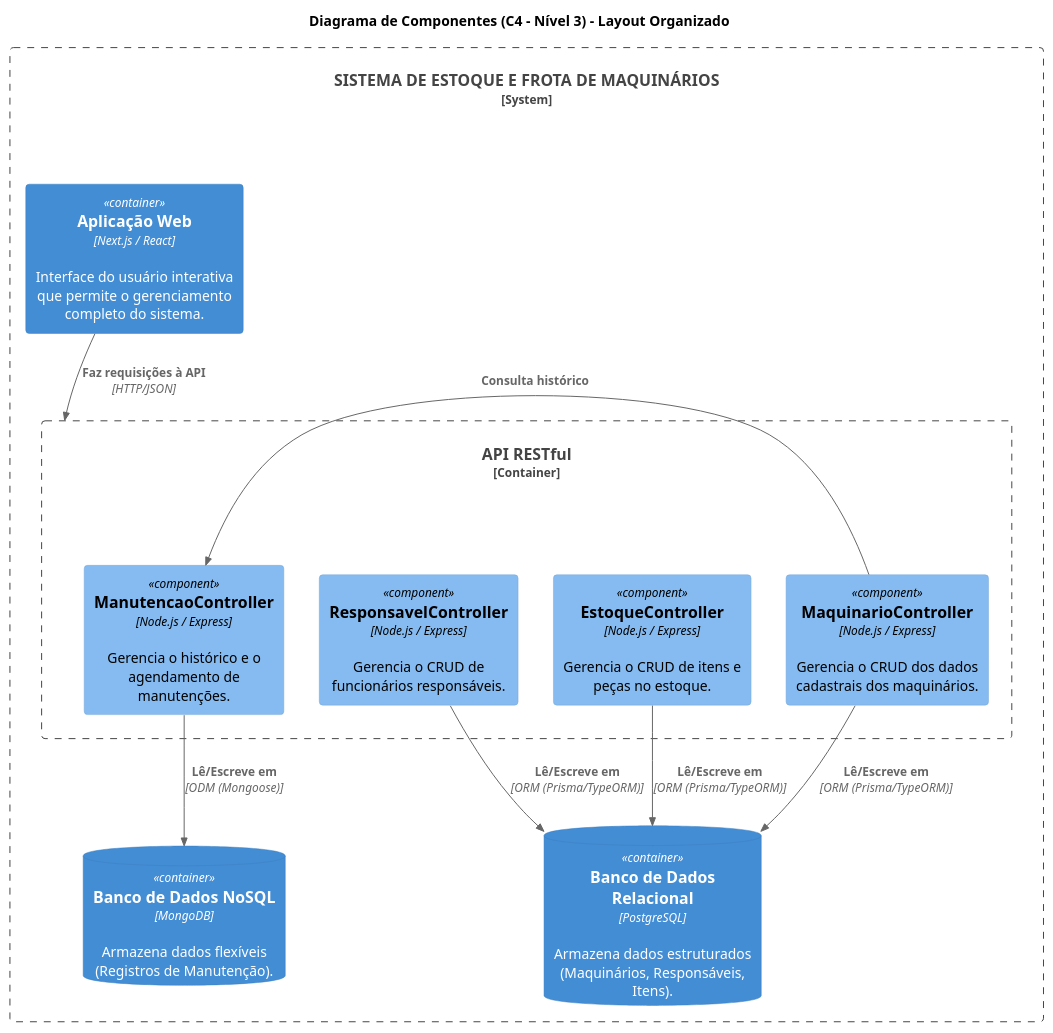
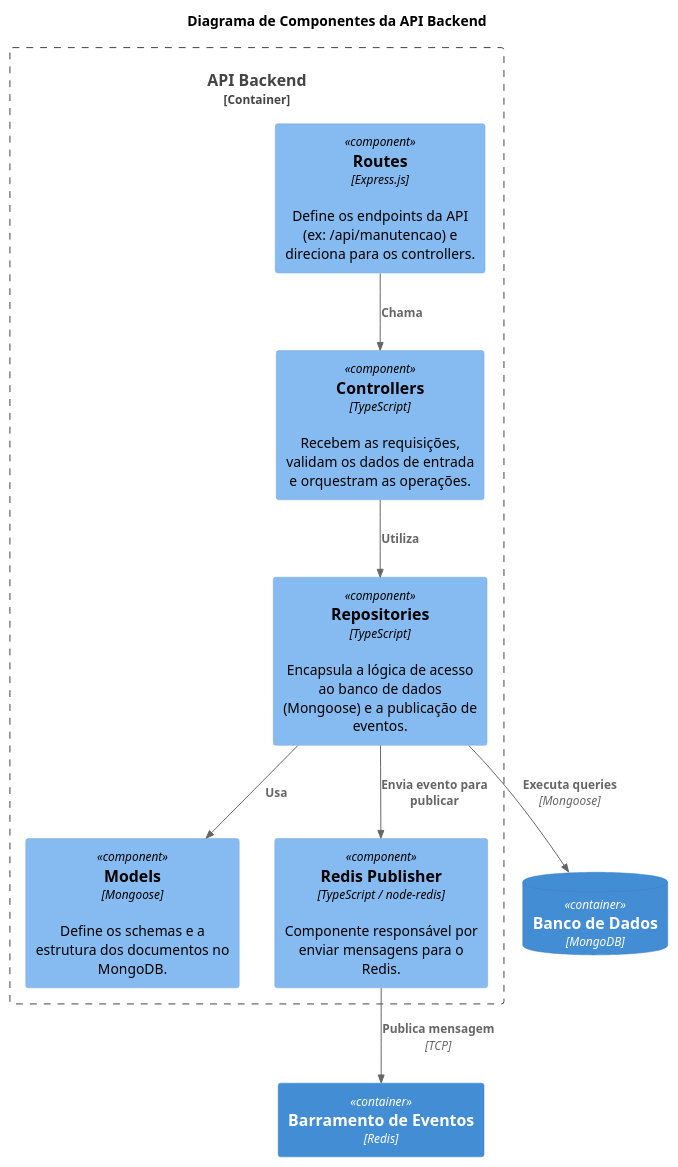
One commit to SPD-BES-2025-3/grupo10 changed the diagram in 2- ARQUITETURA/component.puml. Above: the diagram before and after it, drawn with PlantUML. The commit also changed 39 other files, not shown here.

Commit message:
fix crud de estoque e manutenção

```diff
--- a/2- ARQUITETURA/component.puml
+++ b/2- ARQUITETURA/component.puml
@@ -1,38 +1,28 @@
-@startuml
-!theme vibrant
-!include <C4/C4_Container>
-!include <C4/C4_Component>
+@startuml C4_Component
+!include https://raw.githubusercontent.com/plantuml-stdlib/C4-PlantUML/master/C4_Component.puml
 
-title "Diagrama de Componentes (C4 - Nível 3) - Layout Organizado"
+title Diagrama de Componentes da API Backend
 
-System_Boundary(SEM, "SISTEMA DE ESTOQUE E FROTA DE MAQUINÁRIOS") {
+Container_Boundary(backend, "API Backend") {
+    Component(routes, "Routes", "Express.js", "Define os endpoints da API (ex: /api/manutencao) e direciona para os controllers.")
     
-    Container(SPA, "Aplicação Web", "Next.js / React", "Interface do usuário interativa que permite o gerenciamento completo do sistema.")
+    Component(controllers, "Controllers", "TypeScript", "Recebem as requisições, validam os dados de entrada e orquestram as operações.")
+    
+    Component(repositories, "Repositories", "TypeScript", "Encapsula a lógica de acesso ao banco de dados (Mongoose) e a publicação de eventos.")
+    
+    Component(models, "Models", "Mongoose", "Define os schemas e a estrutura dos documentos no MongoDB.")
 
-    Container_Boundary(API, "API RESTful") {
-        ' Componentes que interagem com o banco de dados relacional
-        Component(MaquinarioController, "MaquinarioController", "Node.js / Express", "Gerencia o CRUD dos dados cadastrais dos maquinários.")
-        Component(ResponsavelController, "ResponsavelController", "Node.js / Express", "Gerencia o CRUD de funcionários responsáveis.")
-        Component(EstoqueController, "EstoqueController", "Node.js / Express", "Gerencia o CRUD de itens e peças no estoque.")
-        
-        ' Componente que interage com o banco de dados NoSQL
-        Component(ManutencaoController, "ManutencaoController", "Node.js / Express", "Gerencia o histórico e o agendamento de manutenções.")
-    }
-
-    ContainerDb(PostgreSQL, "Banco de Dados Relacional", "PostgreSQL", "Armazena dados estruturados (Maquinários, Responsáveis, Itens).")
-    ContainerDb(MongoDB, "Banco de Dados NoSQL", "MongoDB", "Armazena dados flexíveis (Registros de Manutenção).")
+    Component(redis_publisher, "Redis Publisher", "TypeScript / node-redis", "Componente responsável por enviar mensagens para o Redis.")
 }
 
-' Relacionamento principal, de cima para baixo
-Rel_D(SPA, API, "Faz requisições à API", "HTTP/JSON")
+ContainerDb(database, "Banco de Dados", "MongoDB")
+Container(redis, "Barramento de Eventos", "Redis")
 
-' Relacionamentos dos componentes com os bancos de dados, forçando a direção para baixo
-Rel_Down(MaquinarioController, PostgreSQL, "Lê/Escreve em", "ORM (Prisma/TypeORM)")
-Rel_Down(ResponsavelController, PostgreSQL, "Lê/Escreve em", "ORM (Prisma/TypeORM)")
-Rel_Down(EstoqueController, PostgreSQL, "Lê/Escreve em", "ORM (Prisma/TypeORM)")
-Rel_Down(ManutencaoController, MongoDB, "Lê/Escreve em", "ODM (Mongoose)")
-
-' Relação interna entre componentes, forçando a direção para a direita
-Rel_Right(MaquinarioController, ManutencaoController, "Consulta histórico")
+Rel(routes, controllers, "Chama")
+Rel(controllers, repositories, "Utiliza")
+Rel(repositories, models, "Usa")
+Rel(repositories, database, "Executa queries", "Mongoose")
+Rel(repositories, redis_publisher, "Envia evento para publicar")
+Rel(redis_publisher, redis, "Publica mensagem", "TCP")
 
 @enduml
```
